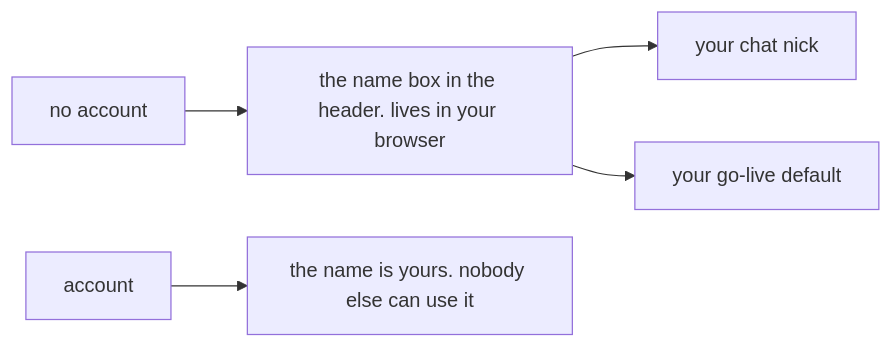
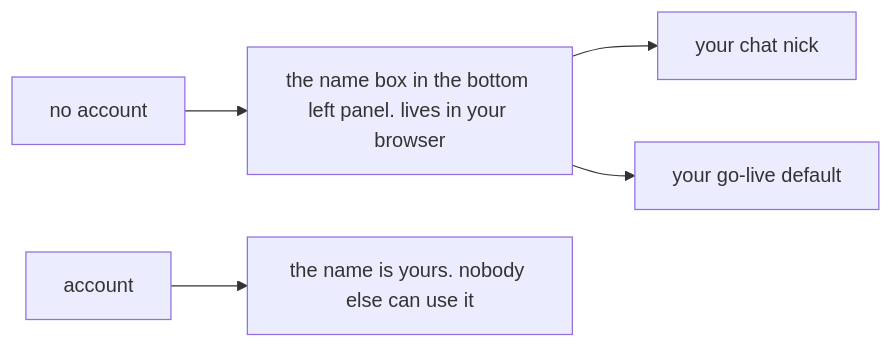
Before and after one commit to ZeroNerodaHero/slop-stream-architecture: the second of 3 diagrams in docs/accounts.md, drawn with Mermaid. The commit also changed other lines of this file and 31 other files, not shown here.

````diff
--- a/docs/accounts.md
+++ b/docs/accounts.md
@@ -19,7 +19,7 @@
 ```mermaid
 flowchart LR
-  anon[no account] --> box[the name box in the header. lives in your browser]
+  anon[no account] --> box[the name box in the bottom left panel. lives in your browser]
   box --> chat[your chat nick]
   box --> live[your go-live default]
   acct[account] --> yours[the name is yours. nobody else can use it]
 ```
````
